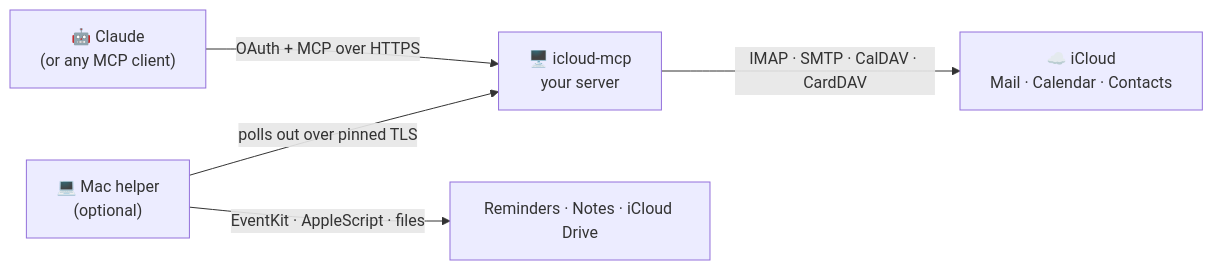
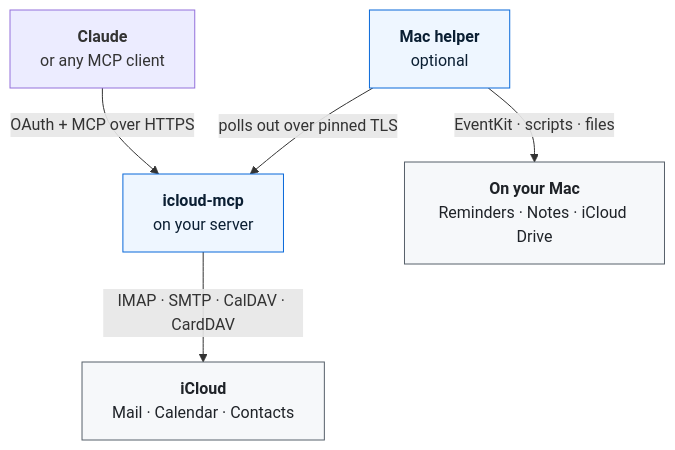
Before and after one commit to epinethrone/icloud-mcp: the diagram in README.md, drawn with Mermaid. The commit also changed other lines of this file, not shown here.

Commit message:
README: taller, more legible diagram and labelled tables

````diff
--- a/README.md
+++ b/README.md
@@ -47,7 +47,11 @@
 ```mermaid
-flowchart LR
-    C["🤖 Claude<br/>(or any MCP client)"] -- "OAuth + MCP over HTTPS" --> S["🖥️ icloud-mcp<br/>your server"]
-    S -- "IMAP · SMTP · CalDAV · CardDAV" --> I["☁️ iCloud<br/>Mail · Calendar · Contacts"]
-    M["💻 Mac helper<br/>(optional)"] -- "polls out over pinned TLS" --> S
-    M -- "EventKit · AppleScript · files" --> A["Reminders · Notes · iCloud Drive"]
+flowchart TB
+    C["<b>Claude</b><br/>or any MCP client"] -->|"OAuth + MCP over HTTPS"| S["<b>icloud-mcp</b><br/>on your server"]
+    M["<b>Mac helper</b><br/>optional"] -->|"polls out over pinned TLS"| S
+    S -->|"IMAP · SMTP · CalDAV · CardDAV"| I["<b>iCloud</b><br/>Mail · Calendar · Contacts"]
+    M -->|"EventKit · scripts · files"| A["<b>On your Mac</b><br/>Reminders · Notes · iCloud Drive"]
+    classDef you fill:#eef6ff,stroke:#0969da,color:#0b1f33
+    classDef apple fill:#f6f8fa,stroke:#57606a,color:#1f2328
+    class S,M you
+    class I,A apple
 ```
````
